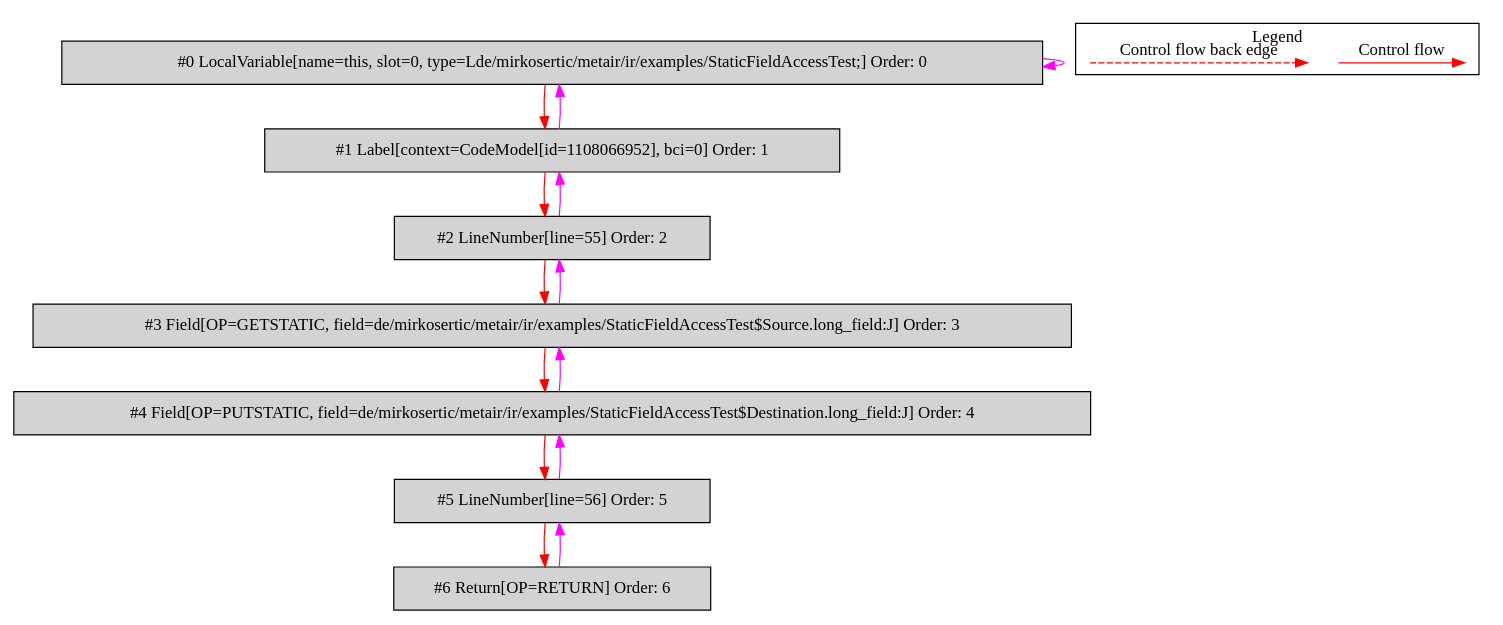
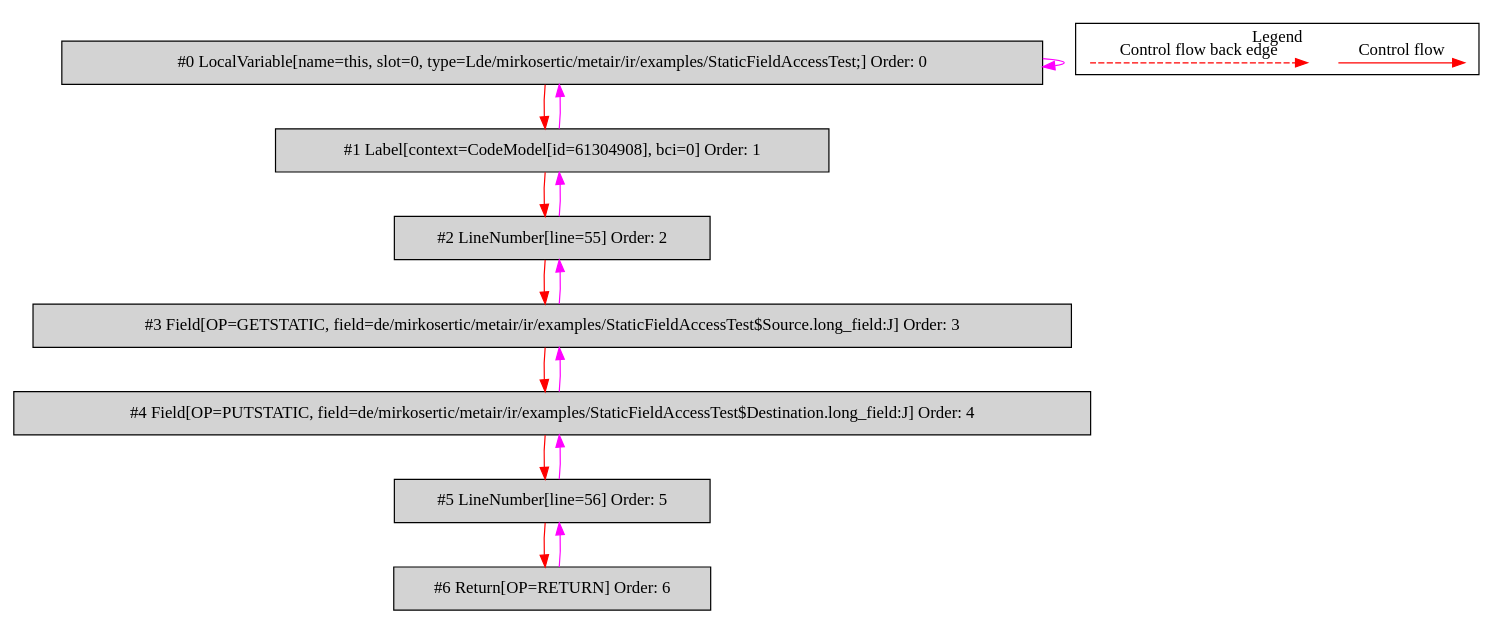
Before and after one commit to mirkosertic/MetaIR: the diagram in de.mirkosertic.metair.ir.examples.StaticFieldAccessTest/copy_long/bytecodecfg.dot, drawn with Graphviz. The commit also changed 1197 other files, not shown here.

```diff
--- a/de.mirkosertic.metair.ir.examples.StaticFieldAccessTest/copy_long/bytecodecfg.dot
+++ b/de.mirkosertic.metair.ir.examples.StaticFieldAccessTest/copy_long/bytecodecfg.dot
@@ -1,37 +1,37 @@
 digraph {
  ordering="in";
  node0[label="#0 LocalVariable[name=this, slot=0, type=Lde/mirkosertic/metair/ir/examples/StaticFieldAccessTest;] Order: 0", shape=box, fillcolor=lightgrey, style=filled];
- node1[label="#1 Label[context=CodeModel[id=1108066952], bci=0] Order: 1", shape=box, fillcolor=lightgrey, style=filled];
+ node1[label="#1 Label[context=CodeModel[id=61304908], bci=0] Order: 1", shape=box, fillcolor=lightgrey, style=filled];
  node2[label="#2 LineNumber[line=55] Order: 2", shape=box, fillcolor=lightgrey, style=filled];
  node3[label="#3 Field[OP=GETSTATIC, field=de/mirkosertic/metair/ir/examples/StaticFieldAccessTest$Source.long_field:J] Order: 3", shape=box, fillcolor=lightgrey, style=filled];
  node4[label="#4 Field[OP=PUTSTATIC, field=de/mirkosertic/metair/ir/examples/StaticFieldAccessTest$Destination.long_field:J] Order: 4", shape=box, fillcolor=lightgrey, style=filled];
  node5[label="#5 LineNumber[line=56] Order: 5", shape=box, fillcolor=lightgrey, style=filled];
  node6[label="#6 Return[OP=RETURN] Order: 6", shape=box, fillcolor=lightgrey, style=filled];
  node0 -> node0[color=fuchsia];
  node0 -> node1[color=red];
  node1 -> node0[color=fuchsia];
  node1 -> node2[color=red];
  node2 -> node1[color=fuchsia];
  node2 -> node3[color=red];
  node3 -> node2[color=fuchsia];
  node3 -> node4[color=red];
  node4 -> node3[color=fuchsia];
  node4 -> node5[color=red];
  node5 -> node4[color=fuchsia];
  node5 -> node6[color=red];
  node6 -> node5[color=fuchsia];
  subgraph cluster_000 {
   label = "Legend";
   node [shape=point]
   {
    rank=same;
    c0 [style = invis];
    c1 [style = invis];
    c2 [style = invis];
    c3 [style = invis];
   }
   c0 -> c1 [label="Control flow", style=solid, color=red]
   c2 -> c3 [label="Control flow back edge", style=dashed, color=red]
  }
 
 }
```
